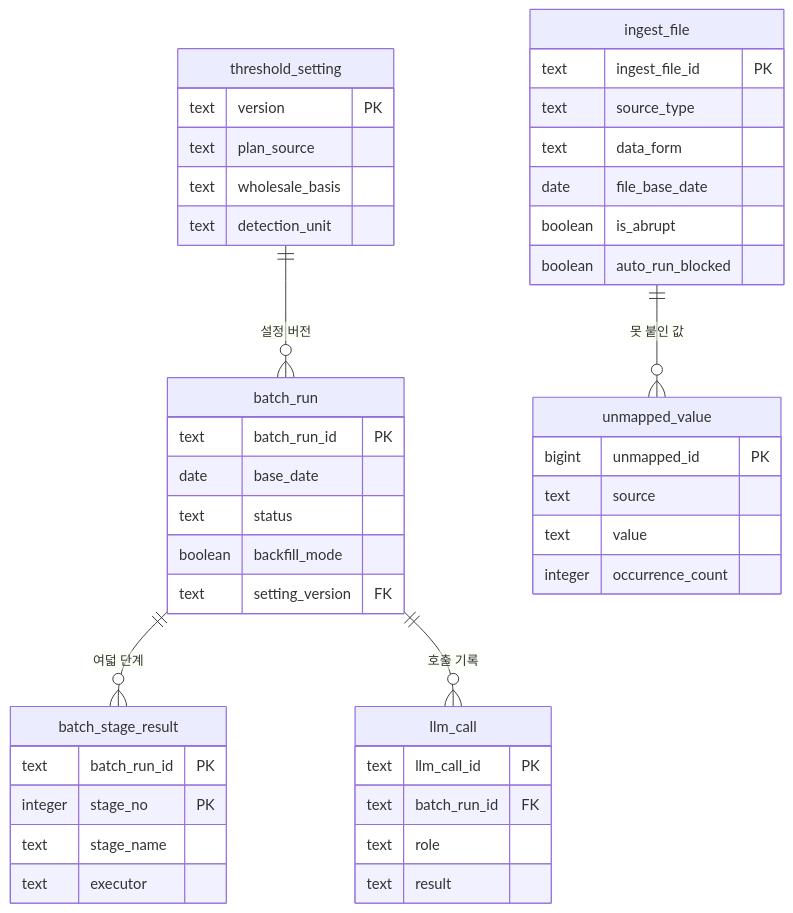
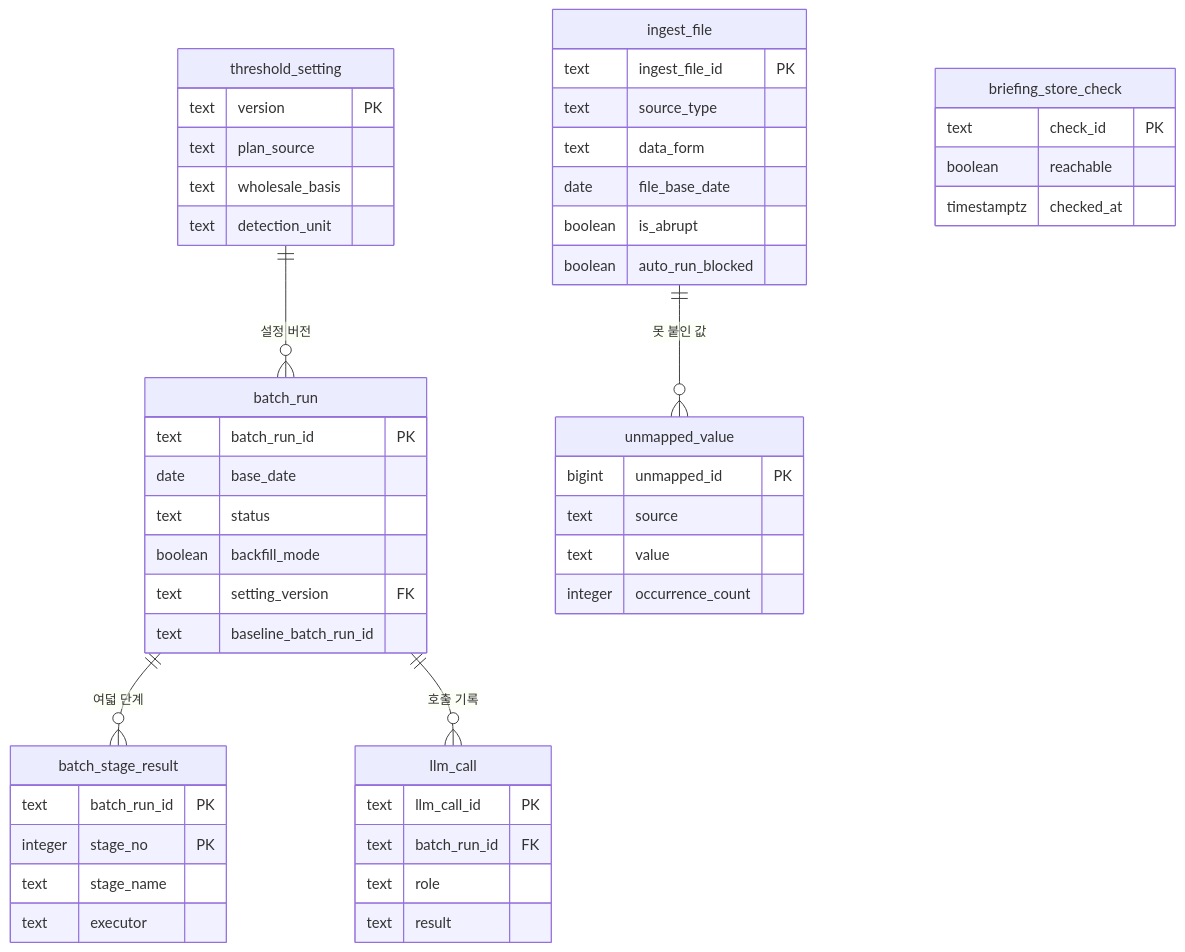
One commit to HoyoungParkme/tableau_platform changed the seventh of 7 diagrams in docs/specs/06-DOM/TBL-DOM-006.md. Above: the diagram before and after it, drawn with Mermaid. The commit also changed other lines of this file, not shown here.

````diff
--- a/docs/specs/06-DOM/TBL-DOM-006.md
+++ b/docs/specs/06-DOM/TBL-DOM-006.md
@@ -407,46 +407,52 @@
 ```mermaid
 erDiagram
   ingest_file {
     text ingest_file_id PK
     text source_type
     text data_form
     date file_base_date
     boolean is_abrupt
     boolean auto_run_blocked
   }
   batch_run {
     text batch_run_id PK
     date base_date
     text status
     boolean backfill_mode
     text setting_version FK
+    text baseline_batch_run_id
   }
   batch_stage_result {
     text batch_run_id PK
     integer stage_no PK
     text stage_name
     text executor
   }
   llm_call {
     text llm_call_id PK
     text batch_run_id FK
     text role
     text result
   }
   threshold_setting {
     text version PK
     text plan_source
     text wholesale_basis
     text detection_unit
   }
   unmapped_value {
     bigint unmapped_id PK
     text source
     text value
     integer occurrence_count
   }
+  briefing_store_check {
+    text check_id PK
+    boolean reachable
+    timestamptz checked_at
+  }
   ingest_file ||--o{ unmapped_value : "못 붙인 값"
   batch_run ||--o{ batch_stage_result : "여덟 단계"
   batch_run ||--o{ llm_call : "호출 기록"
   threshold_setting ||--o{ batch_run : "설정 버전"
 ```
````
